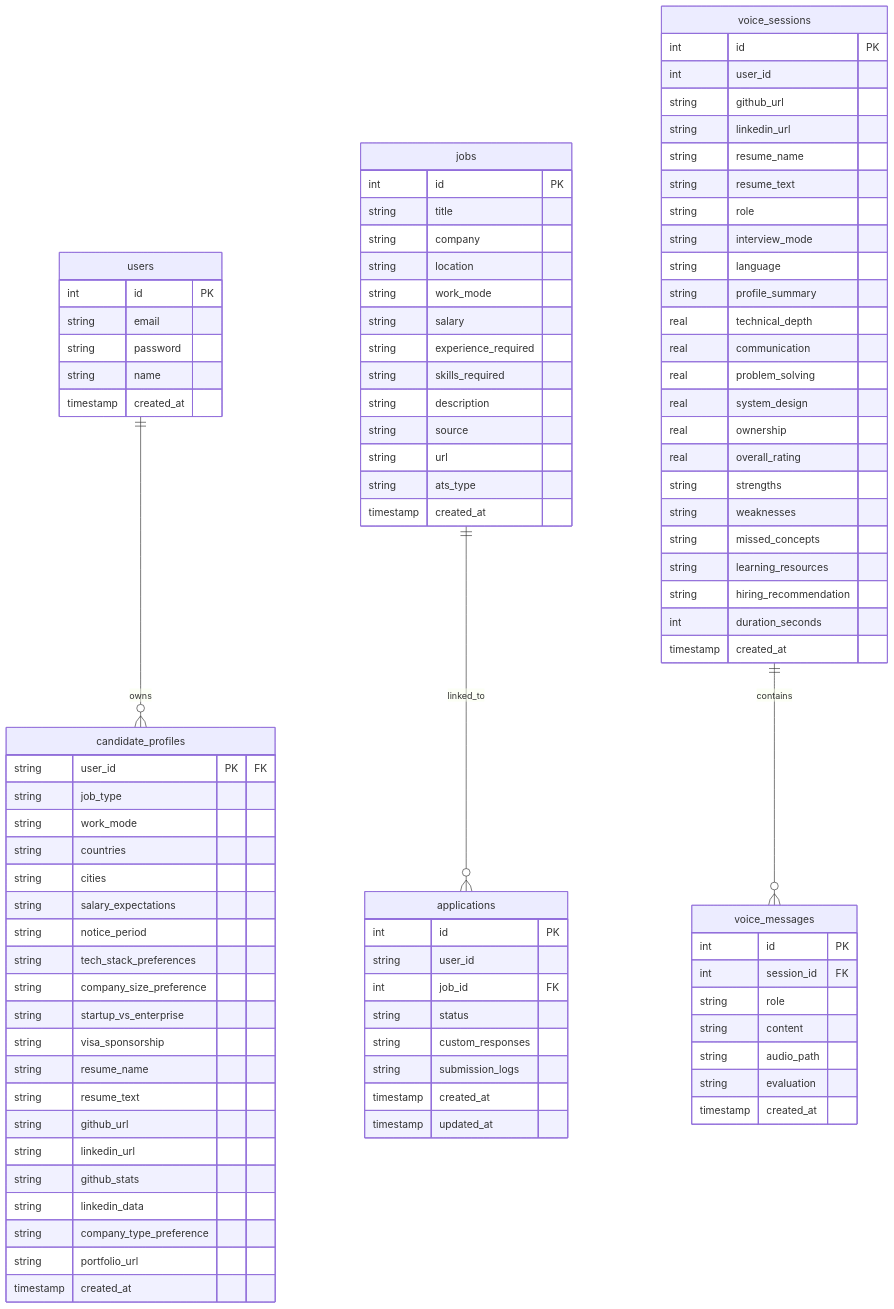
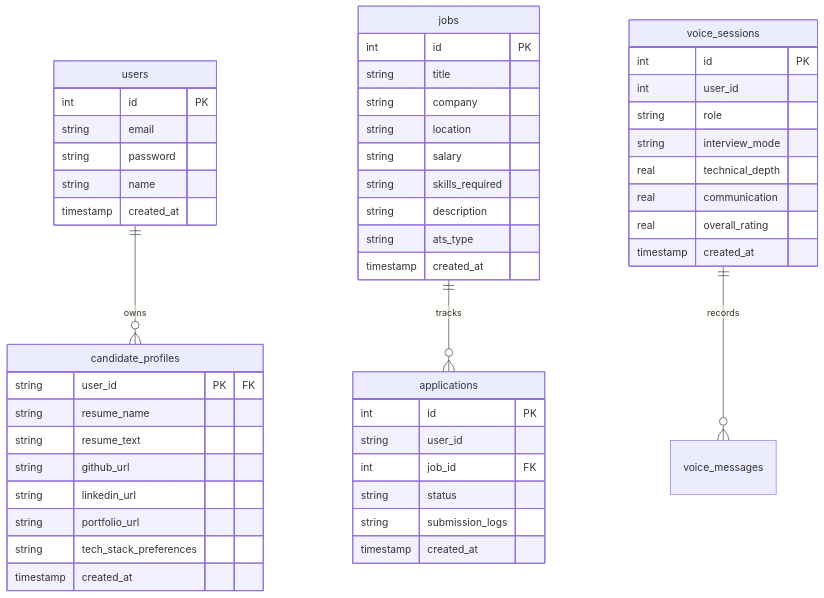
The second of 2 diagrams in README.md (ApurveKaranwal/PrepAI), drawn with Mermaid before and after one commit. The commit also changed other lines of this file, not shown here.

Commit message:
docs: update comprehensive README with Live Coding Studio, Polyglot Sandbox, Sarvam Design, and deployment guides

````diff
--- a/README.md
+++ b/README.md
@@ -175,39 +175,23 @@
     }
     candidate_profiles {
         string user_id PK "FK"
-        string job_type
-        string work_mode
-        string countries
-        string cities
-        string salary_expectations
-        string notice_period
-        string tech_stack_preferences
-        string company_size_preference
-        string startup_vs_enterprise
-        string visa_sponsorship
         string resume_name
         string resume_text
         string github_url
         string linkedin_url
-        string github_stats
-        string linkedin_data
-        string company_type_preference
         string portfolio_url
+        string tech_stack_preferences
         timestamp created_at
     }
-    jobs ||--o{ applications : "linked_to"
+    jobs ||--o{ applications : "tracks"
     jobs {
         int id PK
         string title
         string company
         string location
-        string work_mode
         string salary
-        string experience_required
         string skills_required
         string description
-        string source
-        string url
         string ats_type
         timestamp created_at
     }
@@ -216,44 +200,18 @@
         string user_id
         int job_id FK
         string status
-        string custom_responses
         string submission_logs
         timestamp created_at
-        timestamp updated_at
     }
-    voice_sessions ||--o{ voice_messages : "contains"
+    voice_sessions ||--o{ voice_messages : "records"
     voice_sessions {
         int id PK
         int user_id
-        string github_url
-        string linkedin_url
-        string resume_name
-        string resume_text
         string role
         string interview_mode
-        string language
-        string profile_summary
         real technical_depth
         real communication
-        real problem_solving
-        real system_design
-        real ownership
         real overall_rating
-        string strengths
-        string weaknesses
-        string missed_concepts
-        string learning_resources
-        string hiring_recommendation
-        int duration_seconds
-        timestamp created_at
-    }
-    voice_messages {
-        int id PK
-        int session_id FK
-        string role
-        string content
-        string audio_path
-        string evaluation
         timestamp created_at
     }
 ```
````
